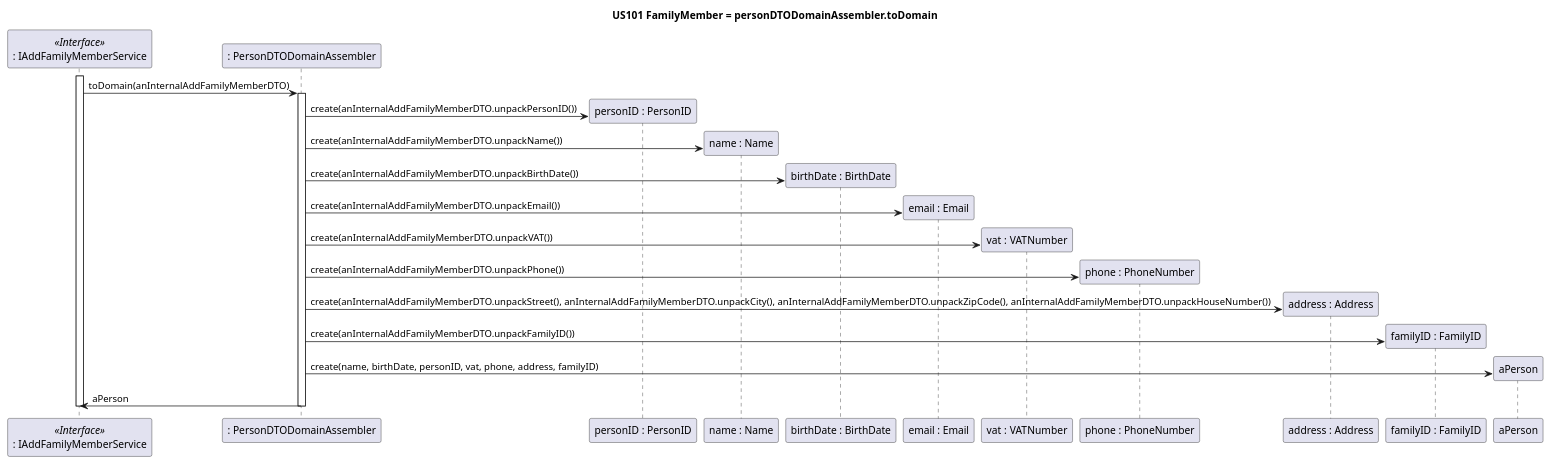
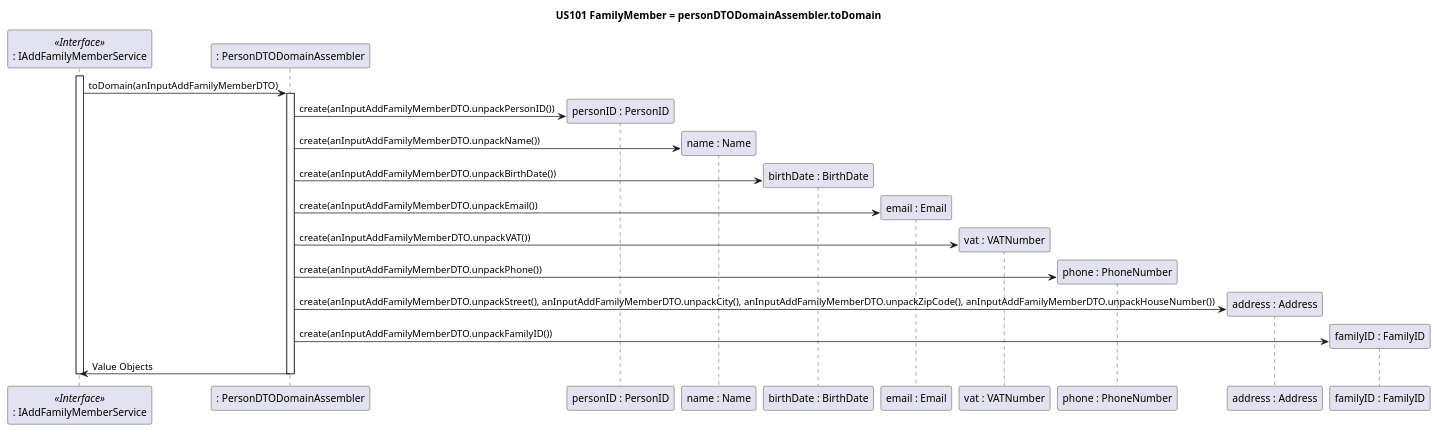
The fifth of 6 diagrams in docs/sprint5/user_stories/US101_AddFamilyMember.md (tomas-osswald/switch_2020_g3), drawn with PlantUML before and after one commit. The commit also changed other lines of this file and 2 other files, not shown here.

Commit message:
AddFamilyMember SD corrections

`````diff
--- a/docs/sprint5/user_stories/US101_AddFamilyMember.md
+++ b/docs/sprint5/user_stories/US101_AddFamilyMember.md
@@ -339,35 +346,35 @@
 ````puml
 @startuml
 title US101 FamilyMember = personDTODomainAssembler.toDomain
 
 participant ": IAddFamilyMemberService" as FamilyMemberService <<Interface>>
 participant ": PersonDTODomainAssembler" as dtoToDomainAssembler
 'participant "inputPersonDTO : inputPersonDTO" as inputPersonDTO
 participant "personID : PersonID" as personID
 participant "name : Name" as name
 participant "birthDate : BirthDate" as birthDate
 participant "email : Email" as email
 participant "vat : VATNumber" as vat
 participant "phone : PhoneNumber" as phoneNumber
 participant "address : Address" as address
 participant "familyID : FamilyID" as familyID
 
 activate FamilyMemberService
-FamilyMemberService -> dtoToDomainAssembler : toDomain(anInternalAddFamilyMemberDTO)
+FamilyMemberService -> dtoToDomainAssembler : toDomain(anInputAddFamilyMemberDTO)
 activate dtoToDomainAssembler
-dtoToDomainAssembler -> personID** : create(anInternalAddFamilyMemberDTO.unpackPersonID())
-dtoToDomainAssembler -> name** : create(anInternalAddFamilyMemberDTO.unpackName())
-dtoToDomainAssembler -> birthDate** : create(anInternalAddFamilyMemberDTO.unpackBirthDate())
-dtoToDomainAssembler -> email** : create(anInternalAddFamilyMemberDTO.unpackEmail())
-dtoToDomainAssembler -> vat** : create(anInternalAddFamilyMemberDTO.unpackVAT())
-dtoToDomainAssembler -> phoneNumber** : create(anInternalAddFamilyMemberDTO.unpackPhone())
-dtoToDomainAssembler -> address** : create(anInternalAddFamilyMemberDTO.unpackStreet(), anInternalAddFamilyMemberDTO.unpackCity(), anInternalAddFamilyMemberDTO.unpackZipCode(), anInternalAddFamilyMemberDTO.unpackHouseNumber())
-dtoToDomainAssembler -> familyID** : create(anInternalAddFamilyMemberDTO.unpackFamilyID())
-dtoToDomainAssembler -> aPerson** : create(name, birthDate, personID, vat, phone, address, familyID)
+dtoToDomainAssembler -> personID** : create(anInputAddFamilyMemberDTO.unpackPersonID())
+dtoToDomainAssembler -> name** : create(anInputAddFamilyMemberDTO.unpackName())
+dtoToDomainAssembler -> birthDate** : create(anInputAddFamilyMemberDTO.unpackBirthDate())
+dtoToDomainAssembler -> email** : create(anInputAddFamilyMemberDTO.unpackEmail())
+dtoToDomainAssembler -> vat** : create(anInputAddFamilyMemberDTO.unpackVAT())
+dtoToDomainAssembler -> phoneNumber** : create(anInputAddFamilyMemberDTO.unpackPhone())
+dtoToDomainAssembler -> address** : create(anInputAddFamilyMemberDTO.unpackStreet(), anInputAddFamilyMemberDTO.unpackCity(), anInputAddFamilyMemberDTO.unpackZipCode(), anInputAddFamilyMemberDTO.unpackHouseNumber())
+dtoToDomainAssembler -> familyID** : create(anInputAddFamilyMemberDTO.unpackFamilyID())
 
-dtoToDomainAssembler -> FamilyMemberService : aPerson
+
+dtoToDomainAssembler -> FamilyMemberService : Value Objects
 deactivate dtoToDomainAssembler
 deactivate FamilyMemberService
 
 @enduml
 ````
`````
